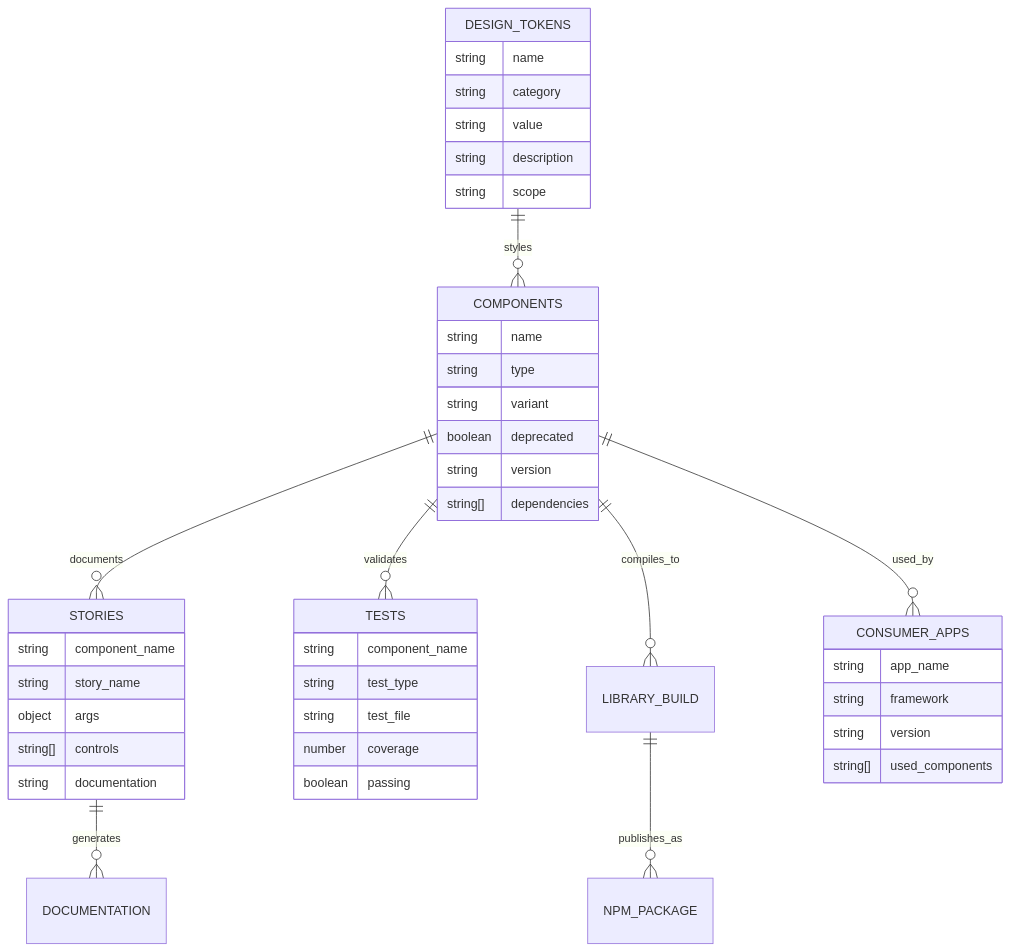
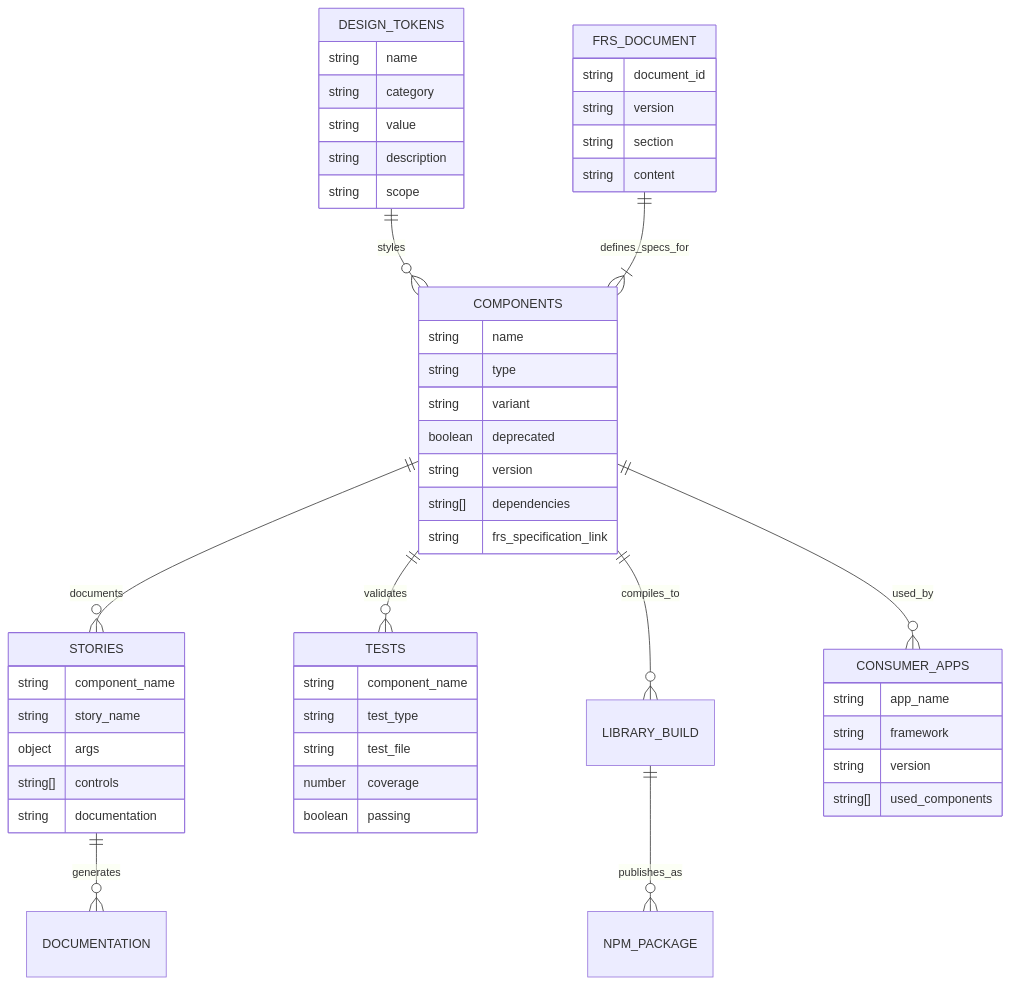
The sixth of 10 diagrams in AGENTS.md (DementedWeasel1971/storybook), drawn with Mermaid before and after one commit. The commit also changed other lines of this file, not shown here.

First line of the commit message:
docs: Align AGENTS.md with Architect Crew methodology

````diff
--- a/AGENTS.md
+++ b/AGENTS.md
@@ -531,50 +560,59 @@
 ```mermaid
 erDiagram
     DESIGN_TOKENS ||--o{ COMPONENTS : "styles"
     COMPONENTS ||--o{ STORIES : "documents"
     COMPONENTS ||--o{ TESTS : "validates"
     STORIES ||--o{ DOCUMENTATION : "generates"
     COMPONENTS ||--o{ LIBRARY_BUILD : "compiles_to"
     LIBRARY_BUILD ||--o{ NPM_PACKAGE : "publishes_as"
     COMPONENTS ||--o{ CONSUMER_APPS : "used_by"
-    
+    FRS_DOCUMENT ||--|{ COMPONENTS : "defines_specs_for"
+
     DESIGN_TOKENS {
         string name
         string category
         string value
         string description
         string scope
     }
-    
+
     COMPONENTS {
         string name
         string type
         string variant
         boolean deprecated
         string version
         string[] dependencies
+        string frs_specification_link
     }
-    
+
     STORIES {
         string component_name
         string story_name
         object args
         string[] controls
         string documentation
     }
-    
+
     TESTS {
         string component_name
         string test_type
         string test_file
         number coverage
         boolean passing
     }
-    
+
     CONSUMER_APPS {
         string app_name
         string framework
         string version
         string[] used_components
     }
+
+    FRS_DOCUMENT {
+        string document_id
+        string version
+        string section
+        string content
+    }
 ```
````
